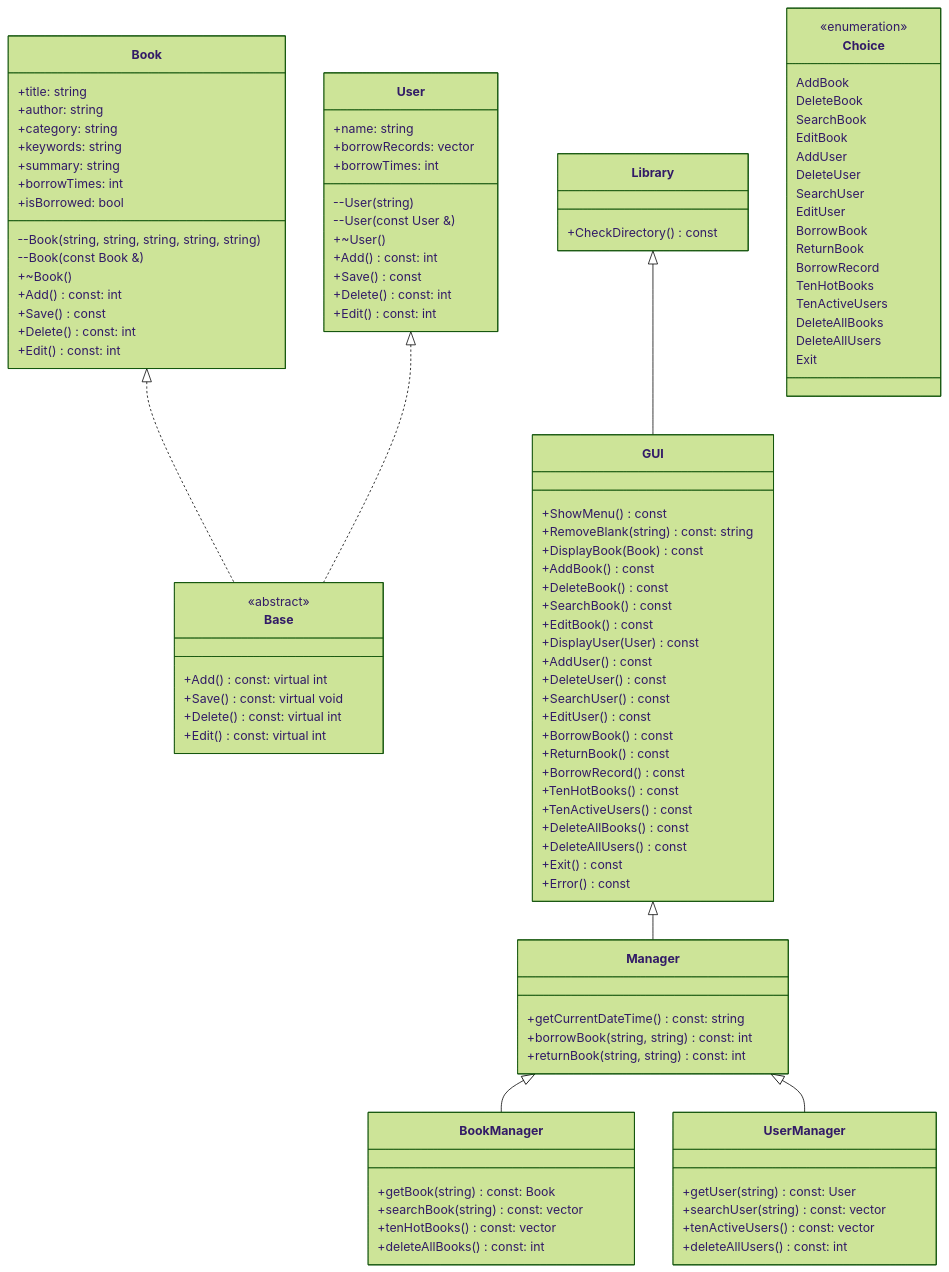
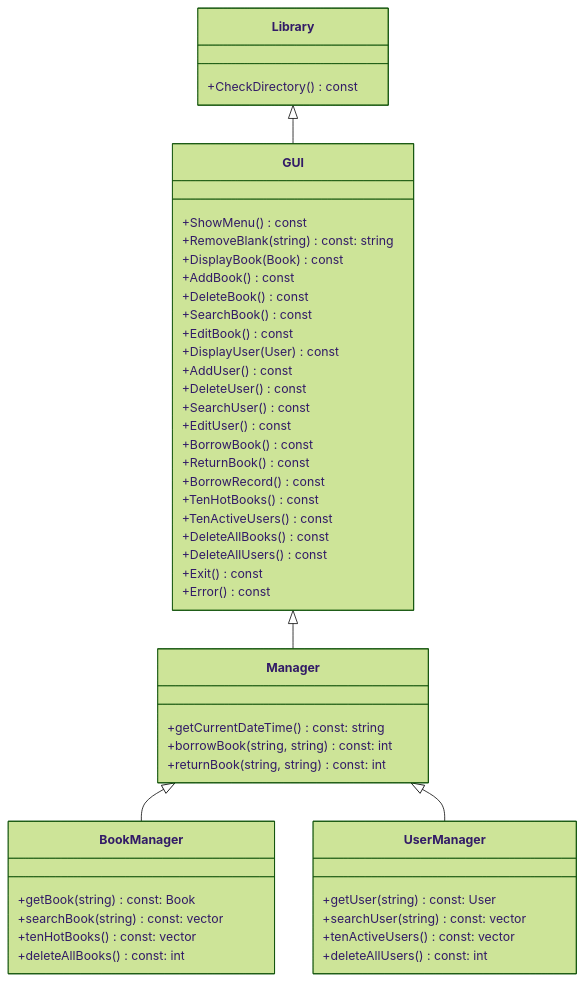
The fourth of 5 diagrams in C++大作业报告.md (Horizonll/Library), drawn with Mermaid (forest theme) before and after one commit. The commit also changed 1 other file, not shown here.

````diff
--- a/C++大作业报告.md
+++ b/C++大作业报告.md
@@ -264,42 +305,5 @@
 ```mermaid
 classDiagram
-    class Book {
-        +title: string
-        +author: string
-        +category: string
-        +keywords: string
-        +summary: string
-        +borrowTimes: int
-        +isBorrowed: bool
-        --Book(string, string, string, string, string)
-        --Book(const Book &)
-        +~Book()
-        +Add() const: int
-        +Save() const
-        +Delete() const: int
-        +Edit() const: int
-    }
-    class User {
-        +name: string
-        +borrowRecords: vector<Record>
-        +borrowTimes: int
-        --User(string)
-        --User(const User &)
-        +~User()
-        +Add() const: int
-        +Save() const
-        +Delete() const: int
-        +Edit() const: int
-    }
-    class Base {
-        <<abstract>>
-        +Add() const: virtual int
-        +Save() const: virtual void
-        +Delete() const: virtual int
-        +Edit() const: virtual int
-    }
-    Book <|.. Base
-    User <|.. Base
     class BookManager {
         +getBook(string) const: Book
         +searchBook(string) const: vector<Book>
@@ -343,25 +347,6 @@
     class Library {
         +CheckDirectory() const
     }
-    class Choice {
-        <<enumeration>>
-        AddBook
-        DeleteBook
-        SearchBook
-        EditBook
-        AddUser
-        DeleteUser
-        SearchUser
-        EditUser
-        BorrowBook
-        ReturnBook
-        BorrowRecord
-        TenHotBooks
-        TenActiveUsers
-        DeleteAllBooks
-        DeleteAllUsers
-        Exit
-    }
     Manager <|-- BookManager
     Manager <|-- UserManager
     GUI <|-- Manager
````
